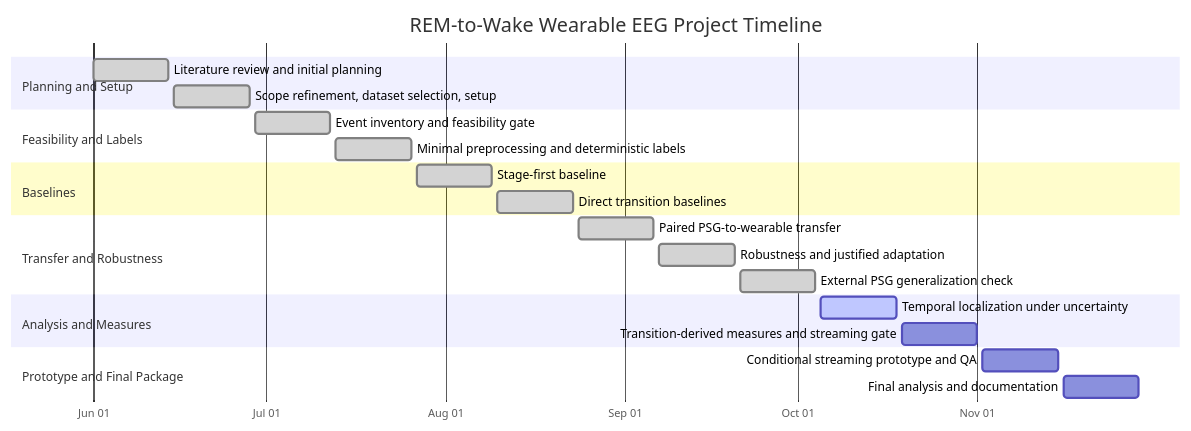
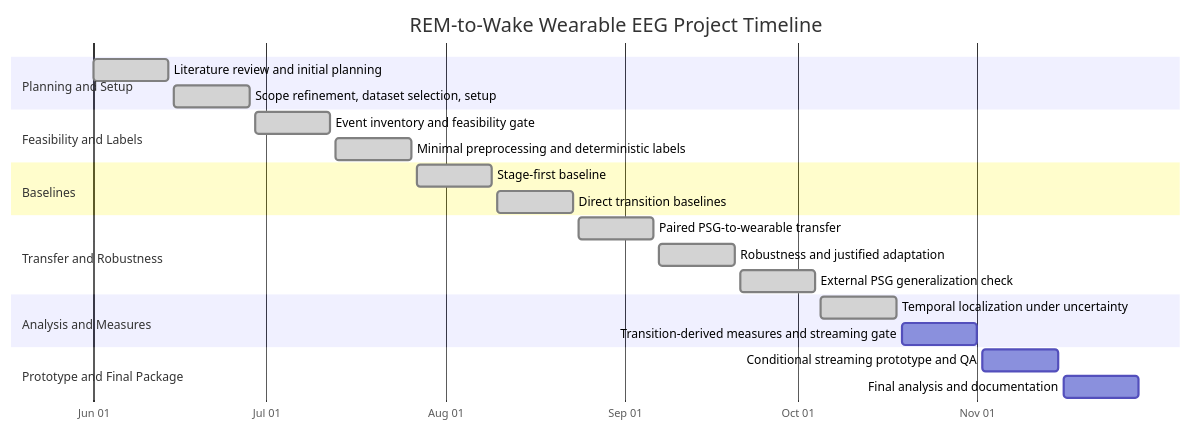
One commit to dgurve09/REM_Wake changed the first of 2 diagrams in docs/planning/overall_project_timeline.md. Above: the diagram before and after it, drawn with Mermaid. The commit also changed other lines of this file and 25 other files, not shown here.

````diff
--- a/docs/planning/overall_project_timeline.md
+++ b/docs/planning/overall_project_timeline.md
@@ -17,31 +17,31 @@
 ```mermaid
 gantt
     title REM-to-Wake Wearable EEG Project Timeline
     dateFormat  YYYY-MM-DD
     axisFormat  %b %d
 
     section Planning and Setup
     Literature review and initial planning           :done, b1, 2026-06-01, 2026-06-14
     Scope refinement, dataset selection, setup       :done, b2, 2026-06-15, 2026-06-28
 
     section Feasibility and Labels
     Event inventory and feasibility gate             :done, b3, 2026-06-29, 2026-07-12
     Minimal preprocessing and deterministic labels   :done, b4, 2026-07-13, 2026-07-26
 
     section Baselines
     Stage-first baseline                             :done, b5, 2026-07-27, 2026-08-09
     Direct transition baselines                      :done, b6, 2026-08-10, 2026-08-23
 
     section Transfer and Robustness
     Paired PSG-to-wearable transfer                  :done, b7, 2026-08-24, 2026-09-06
     Robustness and justified adaptation              :done, b8, 2026-09-07, 2026-09-20
     External PSG generalization check                :done, b9, 2026-09-21, 2026-10-04
 
     section Analysis and Measures
-    Temporal localization under uncertainty          :active, b10, 2026-10-05, 2026-10-18
+    Temporal localization under uncertainty          :done, b10, 2026-10-05, 2026-10-18
     Transition-derived measures and streaming gate   :b11, 2026-10-19, 2026-11-01
 
     section Prototype and Final Package
     Conditional streaming prototype and QA           :b12, 2026-11-02, 2026-11-15
     Final analysis and documentation                 :b13, 2026-11-16, 2026-11-29
 ```
````
